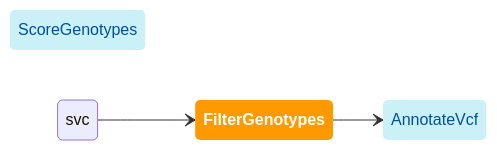
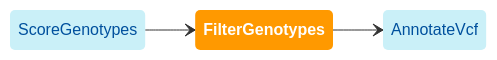
Before and after one commit to broadinstitute/gatk-sv: the diagram in website/docs/modules/filter_genotypes.md, drawn with Mermaid. The commit also changed other lines of this file and 1 other file, not shown here.

Commit message:
Fix mermaid diagram & all link to SL description.

````diff
--- a/website/docs/modules/filter_genotypes.md
+++ b/website/docs/modules/filter_genotypes.md
@@ -17,19 +17,19 @@
 ```mermaid
 
 stateDiagram
   direction LR
   
   classDef inModules stroke-width:0px,fill:#caf0f8,color:#00509d
   classDef thisModule font-weight:bold,stroke-width:0px,fill:#ff9900,color:white
   classDef outModules stroke-width:0px,fill:#caf0f8,color:#00509d
 
   sg: ScoreGenotypes
   fg: FilterGenotypes
   avcf: AnnotateVcf
-  svc --> fg
+  sg --> fg
   fg --> avcf
   
   class fg thisModule
   class sg inModules
   class avcf outModules
 ```
````
